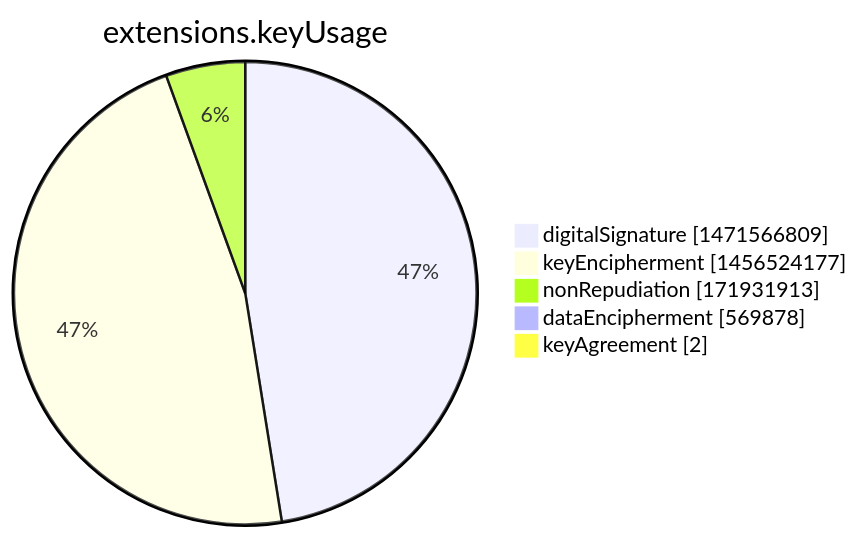
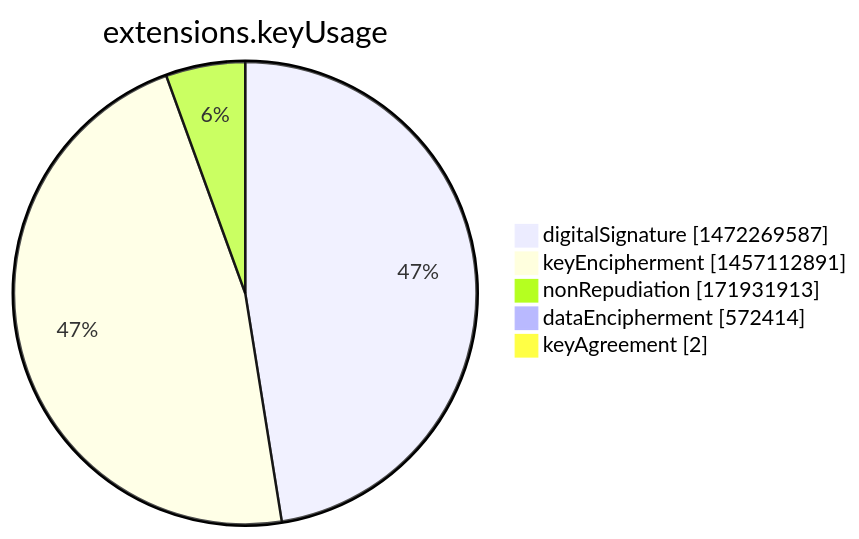
The seventh of 15 diagrams in argon2022/README.md (christiankrug/ctmonitor_visualization), drawn with Mermaid before and after one commit. The commit also changed other lines of this file, not shown here.

````diff
--- a/argon2022/README.md
+++ b/argon2022/README.md
@@ -2751,9 +2751,9 @@
 ```mermaid
 pie showData
 title extensions.keyUsage
-"digitalSignature" :1471566809
-"keyEncipherment" :1456524177
+"digitalSignature" :1472269587
+"keyEncipherment" :1457112891
 "nonRepudiation" :171931913
-"dataEncipherment" :569878
+"dataEncipherment" :572414
 "keyAgreement" :2
 ```
````
